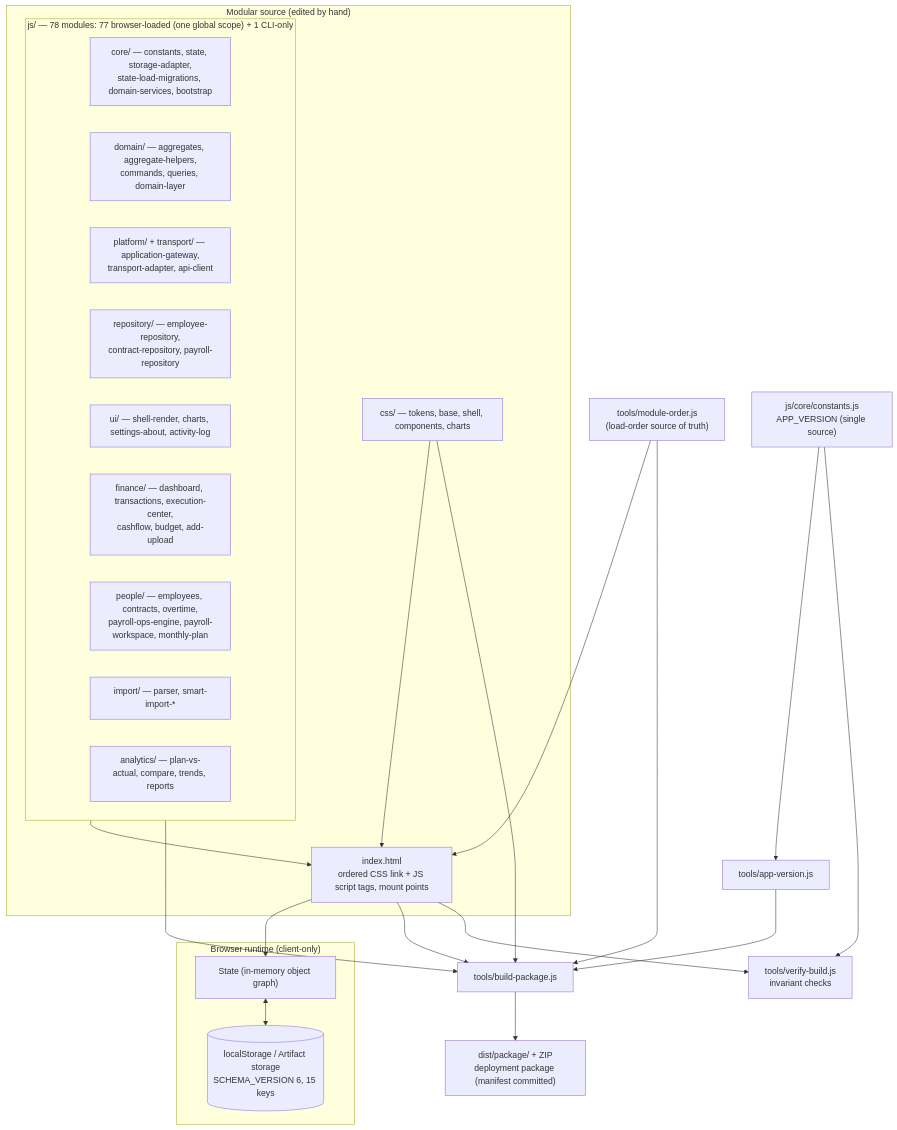
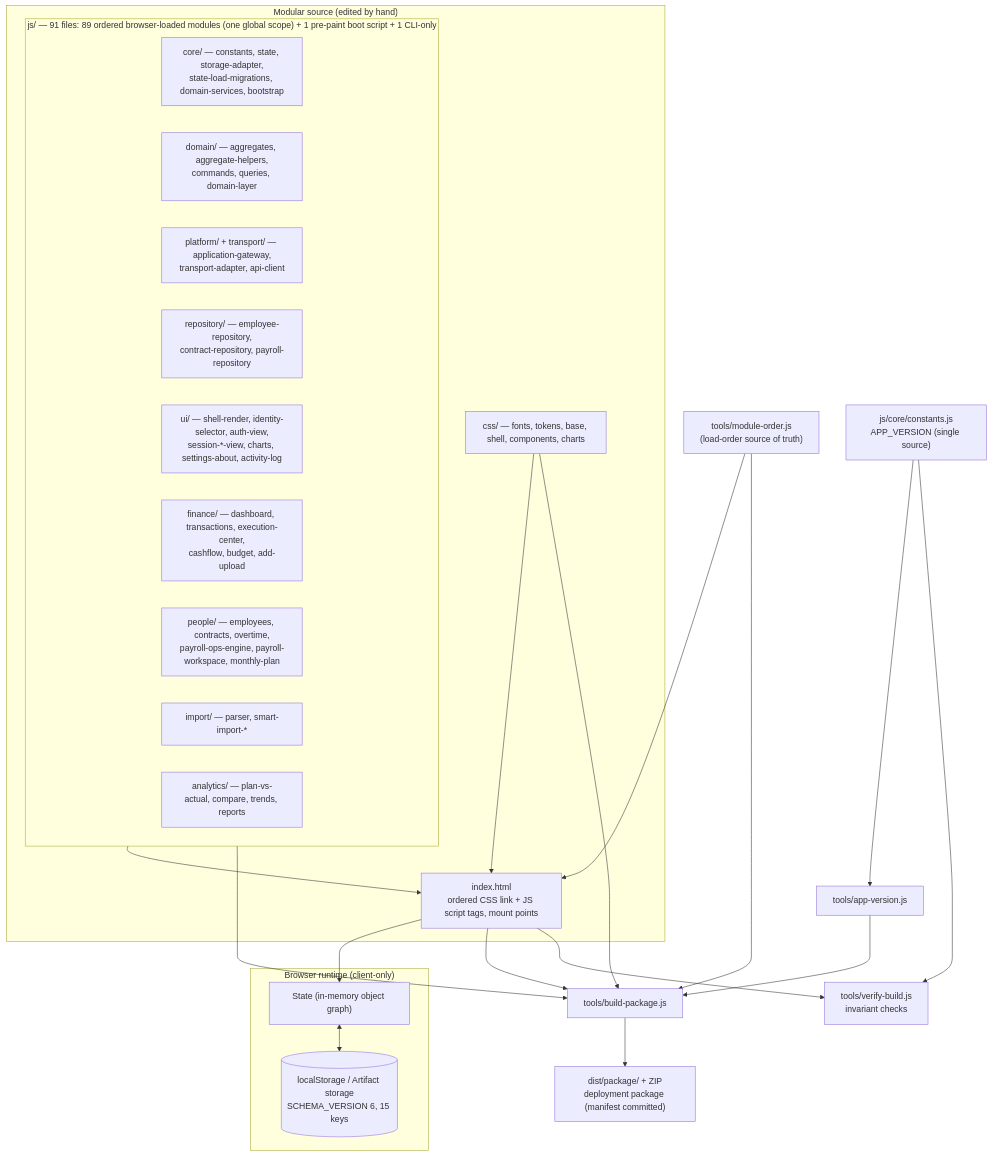
The first of 3 diagrams in ARCHITECTURE.md (fanoryu/TAM-OS-Next), drawn with Mermaid before and after one commit. The commit also changed other lines of this file and 10 other files, not shown here.

````diff
--- a/ARCHITECTURE.md
+++ b/ARCHITECTURE.md
@@ -111,45 +116,45 @@
 ```mermaid
 flowchart TD
   subgraph SRC["Modular source (edited by hand)"]
     IDX["index.html<br/>ordered CSS link + JS script tags, mount points"]
-    CSS["css/ — tokens, base, shell, components, charts"]
-    subgraph JSMOD["js/ — 78 modules: 77 browser-loaded (one global scope) + 1 CLI-only"]
+    CSS["css/ — fonts, tokens, base, shell, components, charts"]
+    subgraph JSMOD["js/ — 91 files: 89 ordered browser-loaded modules (one global scope) + 1 pre-paint boot script + 1 CLI-only"]
       CORE["core/ — constants, state, storage-adapter,<br/>state-load-migrations, domain-services, bootstrap"]
       DOM["domain/ — aggregates, aggregate-helpers,<br/>commands, queries, domain-layer"]
       PLAT["platform/ + transport/ — application-gateway,<br/>transport-adapter, api-client"]
       REPO["repository/ — employee-repository,<br/>contract-repository, payroll-repository"]
-      UI["ui/ — shell-render, charts, settings-about, activity-log"]
+      UI["ui/ — shell-render, identity-selector, auth-view,<br/>session-*-view, charts, settings-about, activity-log"]
       FIN["finance/ — dashboard, transactions, execution-center,<br/>cashflow, budget, add-upload"]
       PPL["people/ — employees, contracts, overtime,<br/>payroll-ops-engine, payroll-workspace, monthly-plan"]
       IMP["import/ — parser, smart-import-*"]
       ANA["analytics/ — plan-vs-actual, compare, trends, reports"]
     end
   end
 
   subgraph RUN["Browser runtime (client-only)"]
     STATE["State (in-memory object graph)"]
     LS[("localStorage / Artifact storage<br/>SCHEMA_VERSION 6, 15 keys")]
   end
 
   ORDER["tools/module-order.js<br/>(load-order source of truth)"]
   CONST["js/core/constants.js<br/>APP_VERSION (single source)"]
   AV["tools/app-version.js"]
   BUILD["tools/build-package.js"]
   VERIFY["tools/verify-build.js<br/>invariant checks"]
   DIST["dist/package/ + ZIP<br/>deployment package (manifest committed)"]
 
   CSS --> IDX
   JSMOD --> IDX
   IDX --> STATE
   STATE <--> LS
 
   ORDER --> IDX
   ORDER --> BUILD
   CONST --> AV --> BUILD
   IDX --> BUILD
   CSS --> BUILD
   JSMOD --> BUILD
   BUILD --> DIST
   IDX --> VERIFY
   CONST --> VERIFY
 ```
````
